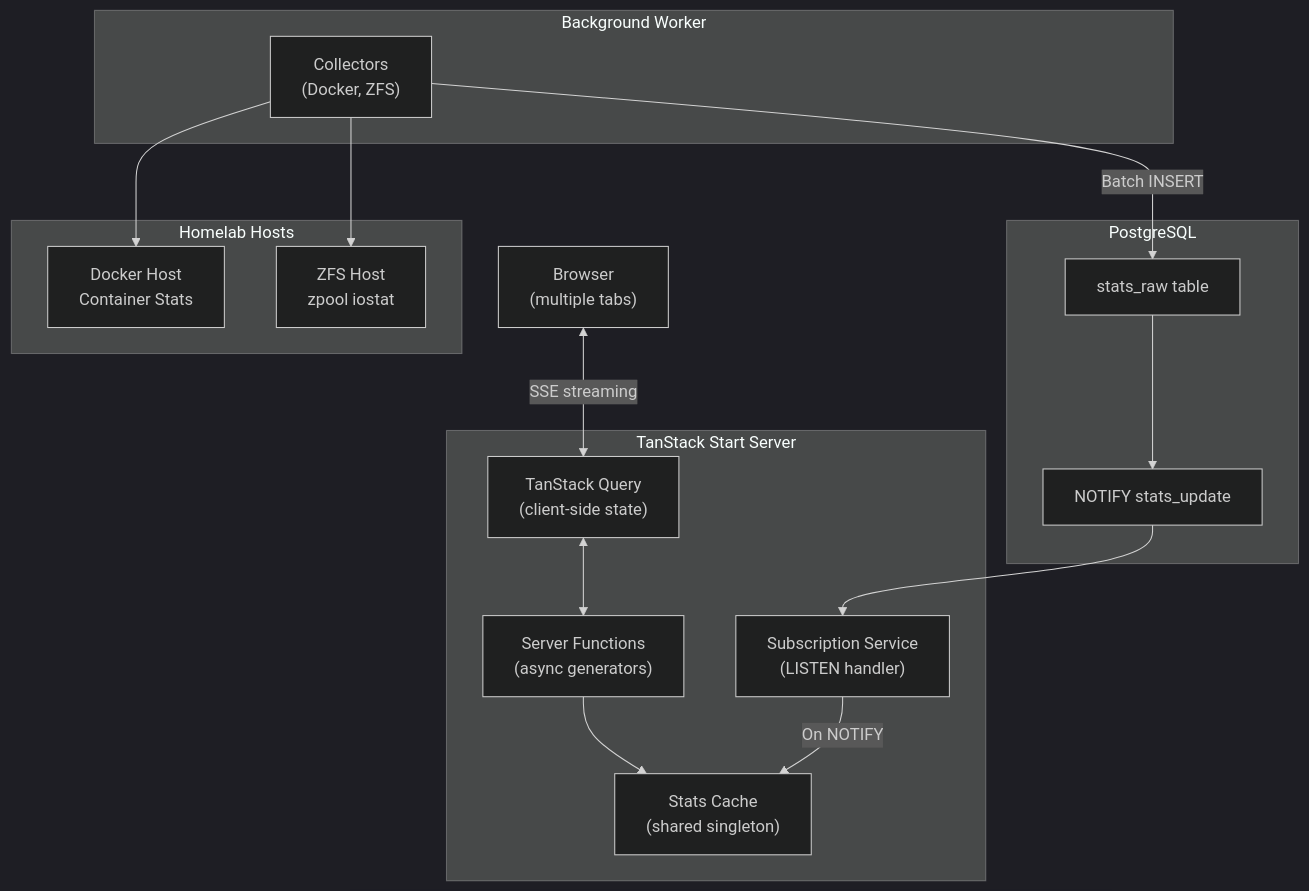
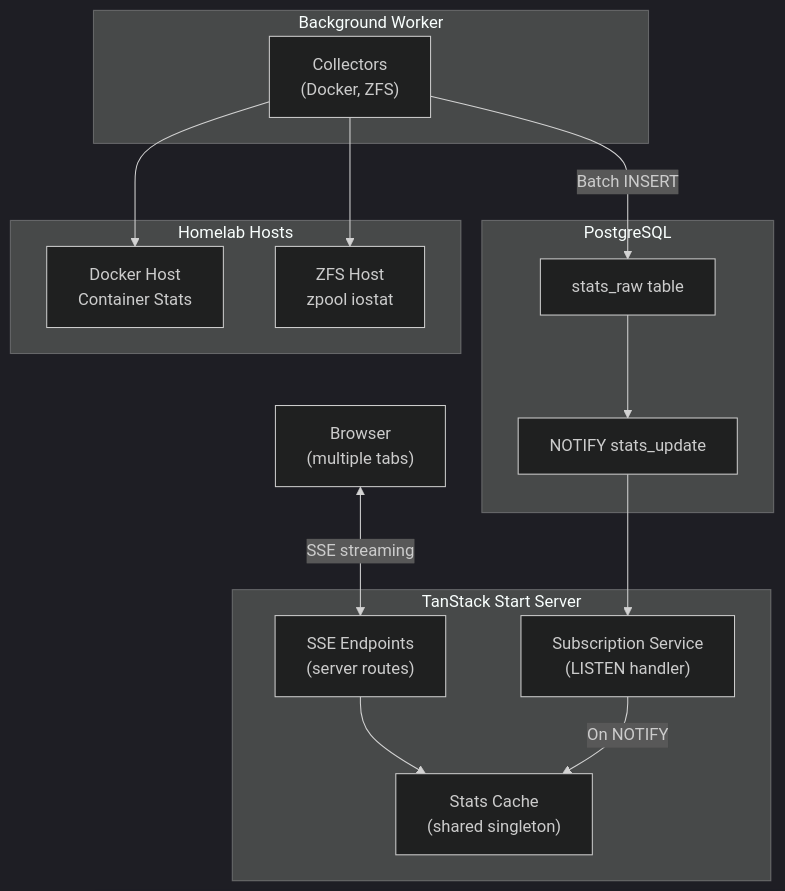
One commit to jaredglaser/homelab-manager changed the first of 3 diagrams in README.md. Above: the diagram before and after it, drawn with Mermaid (dark theme). The commit also changed other lines of this file and 1 other file, not shown here.

First line of the commit message:
Fix documentation to match SSE architecture and actual codebase

````diff
--- a/README.md
+++ b/README.md
@@ -44,35 +44,33 @@
 ```mermaid
 graph TD
     Browser["Browser<br/>(multiple tabs)"]
 
     subgraph TanStack_Start["TanStack Start Server"]
-        ServerFns["Server Functions<br/>(async generators)"]
+        SSE["SSE Endpoints<br/>(server routes)"]
         SubSvc["Subscription Service<br/>(LISTEN handler)"]
         Cache["Stats Cache<br/>(shared singleton)"]
-        TQ["TanStack Query<br/>(client-side state)"]
     end
 
     subgraph Database["PostgreSQL"]
         StatsRaw["stats_raw table"]
         Notify["NOTIFY stats_update"]
     end
 
     subgraph Worker["Background Worker"]
         Collectors["Collectors<br/>(Docker, ZFS)"]
     end
 
     subgraph Hosts["Homelab Hosts"]
         DockerHost["Docker Host<br/>Container Stats"]
         ZFSHost["ZFS Host<br/>zpool iostat"]
     end
 
-    Browser <-->|"SSE streaming"| TQ
-    TQ <--> ServerFns
-    ServerFns --> Cache
+    Browser <-->|"SSE streaming"| SSE
+    SSE --> Cache
     SubSvc -->|"On NOTIFY"| Cache
     Notify --> SubSvc
     StatsRaw --> Notify
     Collectors -->|"Batch INSERT"| StatsRaw
     Collectors --> DockerHost
     Collectors --> ZFSHost
 ```
````
